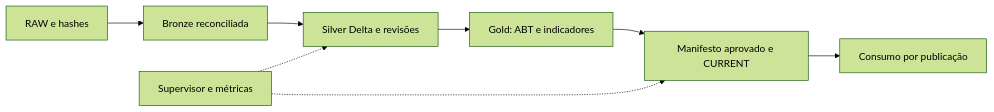
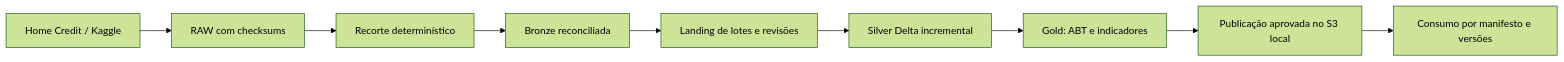
Before and after one commit to Fred-Santos/credit-risk: the diagram in README.md, drawn with Mermaid (forest theme). The commit also changed other lines of this file, not shown here.

````diff
--- a/README.md
+++ b/README.md
@@ -22,10 +12,11 @@
 ```mermaid
 flowchart LR
-    R[RAW e hashes] --> B[Bronze reconciliada]
-    B --> S[Silver Delta e revisões]
+    K[Home Credit / Kaggle] --> R[RAW com checksums]
+    R --> C[Recorte determinístico]
+    C --> B[Bronze reconciliada]
+    B --> E[Landing de lotes e revisões]
+    E --> S[Silver Delta incremental]
     S --> G[Gold: ABT e indicadores]
-    G --> P[Manifesto aprovado e CURRENT]
-    P --> C[Consumo por publicação]
-    O[Supervisor e métricas] -.-> S
-    O -.-> P
+    G --> P[Publicação aprovada no S3 local]
+    P --> L[Consumo por manifesto e versões]
 ```
````
